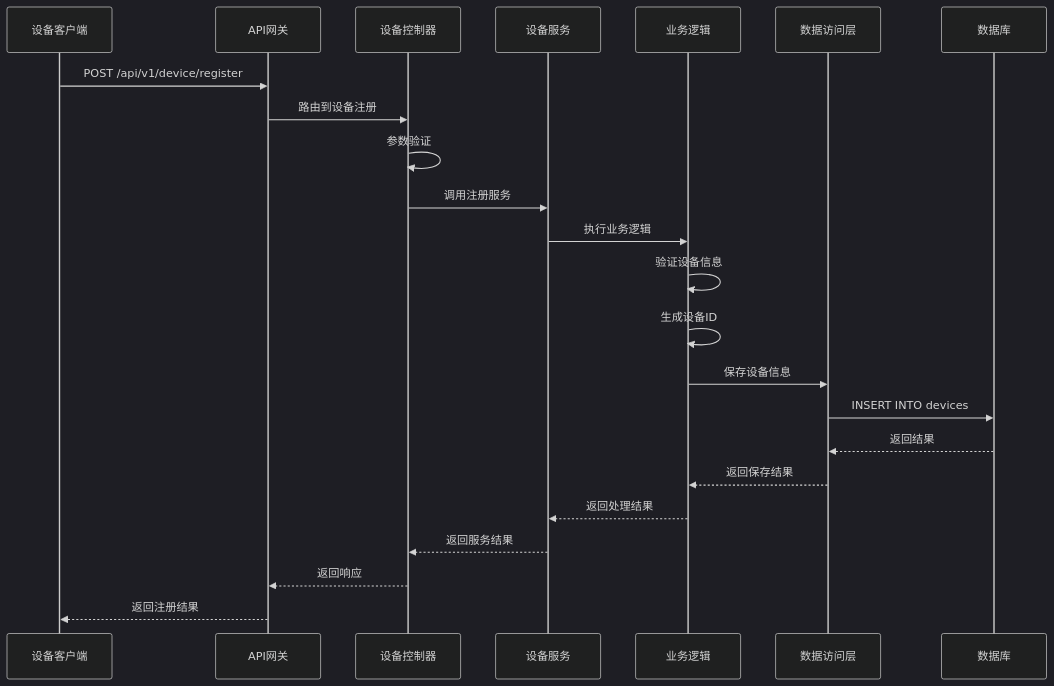
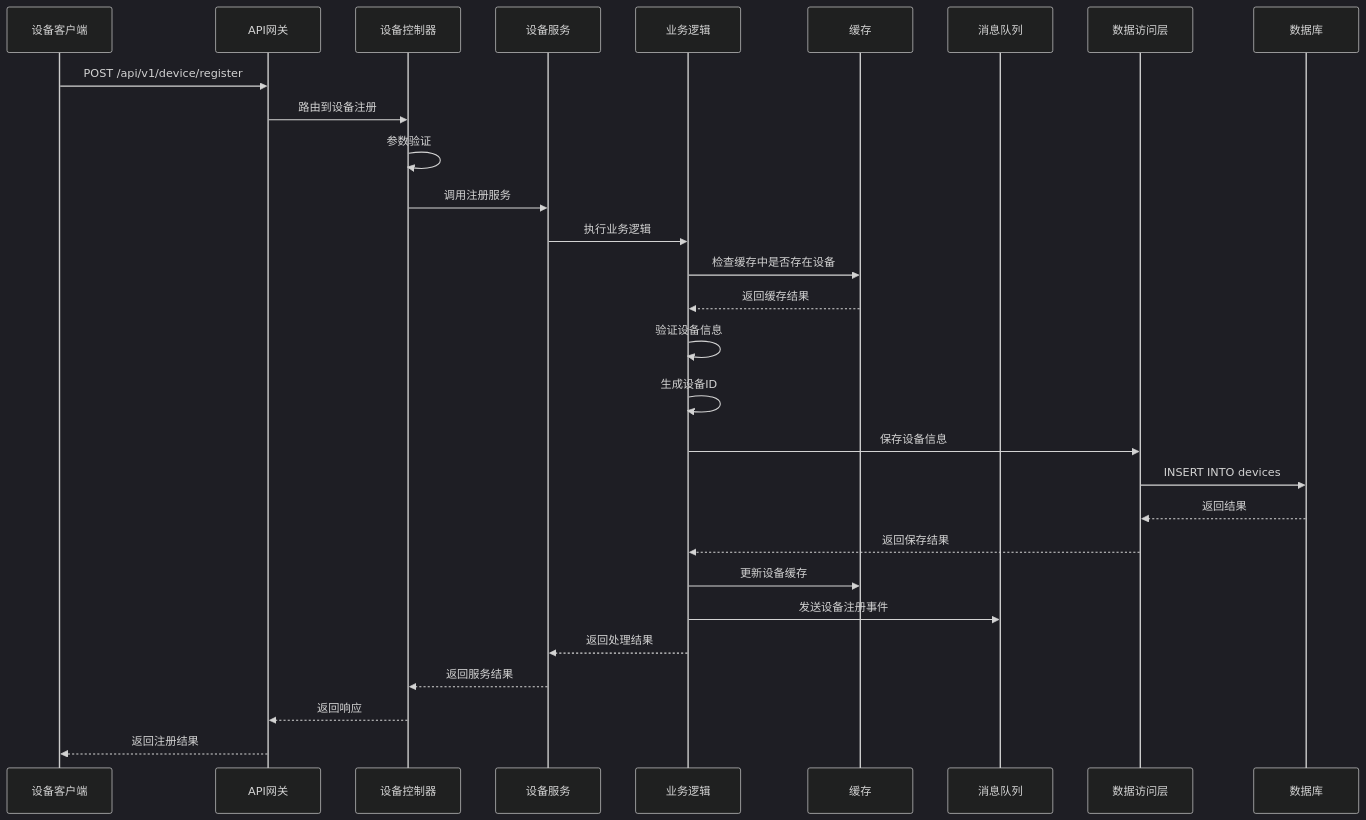
The second of 2 diagrams in docs/需求文档/device/deviceRegister.md (YoungBoyGod/OneGoServer), drawn with Mermaid (dark theme) before and after one commit. The commit also changed other lines of this file and 60 other files, not shown here.

````diff
--- a/docs/需求文档/device/deviceRegister.md
+++ b/docs/需求文档/device/deviceRegister.md
@@ -235,26 +235,32 @@
 ```mermaid
 sequenceDiagram
     participant Client as 设备客户端
     participant API as API网关
     participant Controller as 设备控制器
     participant Service as 设备服务
     participant Logic as 业务逻辑
+    participant Cache as 缓存
+    participant Queue as 消息队列
     participant DAO as 数据访问层
     participant DB as 数据库
 
     Client->>API: POST /api/v1/device/register
     API->>Controller: 路由到设备注册
     Controller->>Controller: 参数验证
     Controller->>Service: 调用注册服务
     Service->>Logic: 执行业务逻辑
+    Logic->>Cache: 检查缓存中是否存在设备
+    Cache-->>Logic: 返回缓存结果
     Logic->>Logic: 验证设备信息
     Logic->>Logic: 生成设备ID
     Logic->>DAO: 保存设备信息
     DAO->>DB: INSERT INTO devices
     DB-->>DAO: 返回结果
     DAO-->>Logic: 返回保存结果
+    Logic->>Cache: 更新设备缓存
+    Logic->>Queue: 发送设备注册事件
     Logic-->>Service: 返回处理结果
     Service-->>Controller: 返回服务结果
     Controller-->>API: 返回响应
     API-->>Client: 返回注册结果
 ```
````
